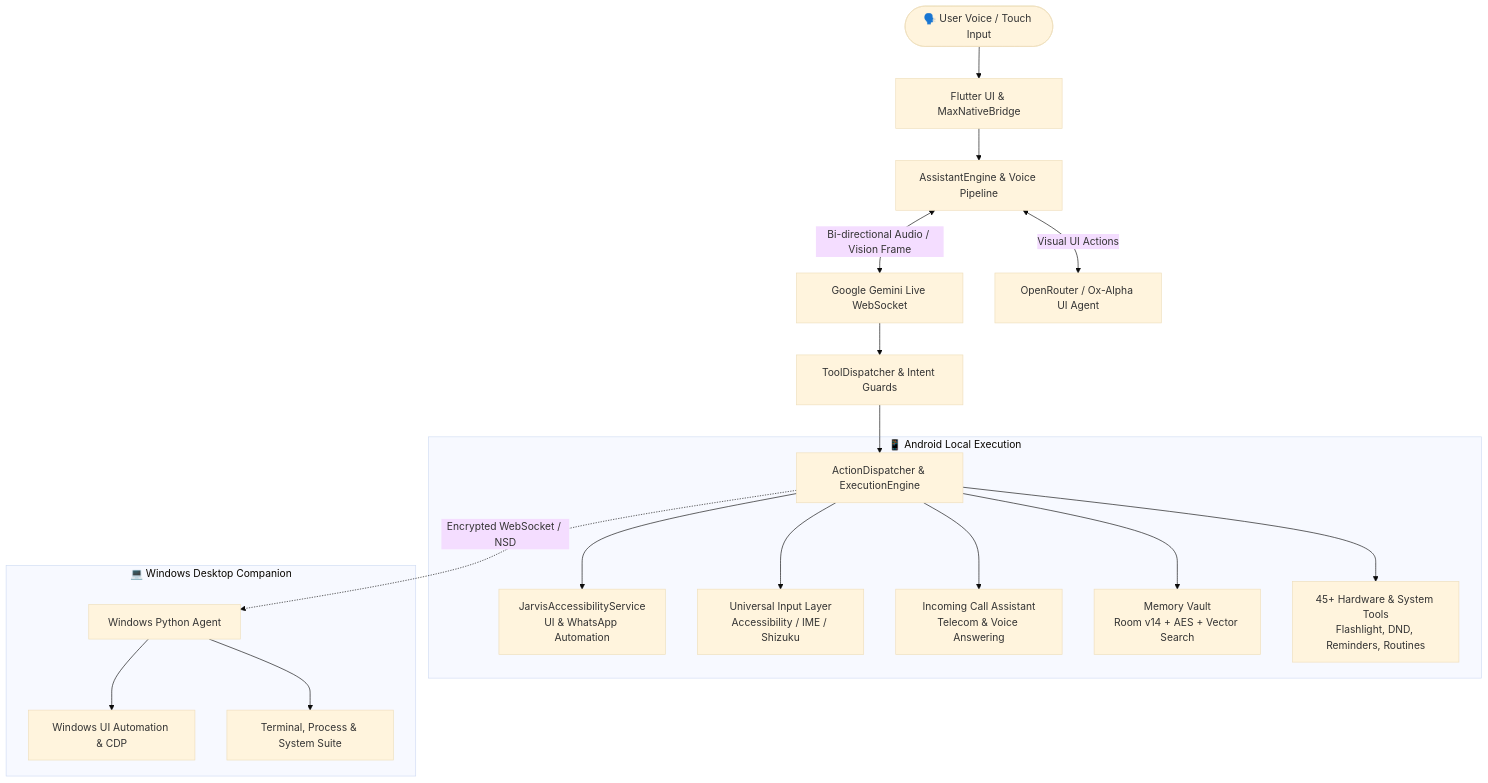
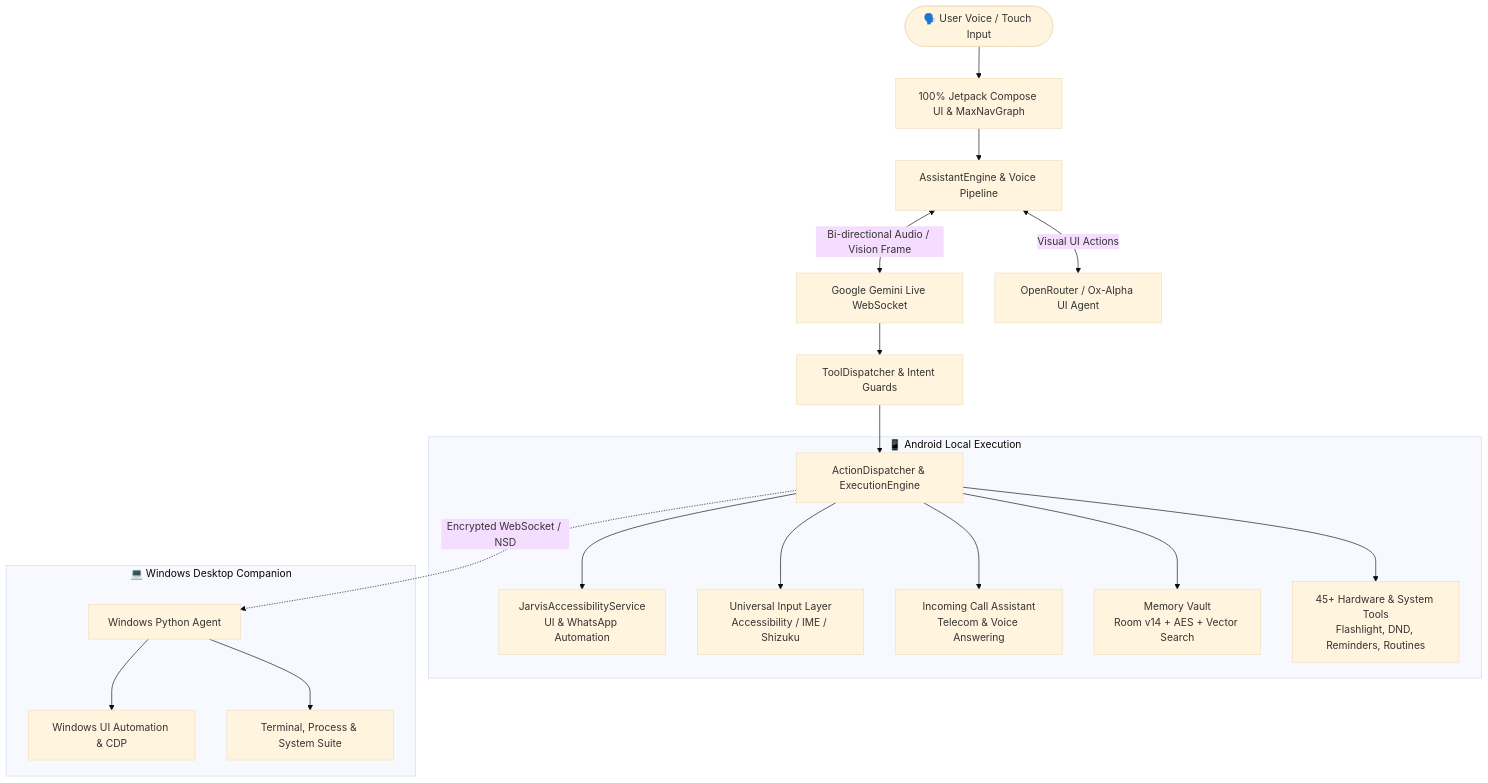
The diagram in README.md (yash2122s/Max-ai-assistant), drawn with Mermaid (base theme) before and after one commit. The commit also changed other lines of this file and 10022 other files, not shown here.

````diff
--- a/README.md
+++ b/README.md
@@ -16,25 +16,25 @@
 ```mermaid
 graph TD
-    User([🗣️ User Voice / Touch Input]) --> Bridge[Flutter UI & MaxNativeBridge]
-    Bridge --> Assistant[AssistantEngine & Voice Pipeline]
+    User([🗣️ User Voice / Touch Input]) --> Shell[100% Jetpack Compose UI & MaxNavGraph]
+    Shell --> Assistant[AssistantEngine & Voice Pipeline]
     
     Assistant <-->|Bi-directional Audio / Vision Frame| Gemini[Google Gemini Live WebSocket]
     Assistant <-->|Visual UI Actions| OpenRouter[OpenRouter / Ox-Alpha UI Agent]
     
     Gemini --> ToolDispatcher[ToolDispatcher & Intent Guards]
     ToolDispatcher --> ActionDispatcher[ActionDispatcher & ExecutionEngine]
     
     subgraph Android Subsystems [📱 Android Local Execution]
         ActionDispatcher --> Accessibility[JarvisAccessibilityService<br/>UI & WhatsApp Automation]
         ActionDispatcher --> UniversalInput[Universal Input Layer<br/>Accessibility / IME / Shizuku]
         ActionDispatcher --> CallAssistant[Incoming Call Assistant<br/>Telecom & Voice Answering]
         ActionDispatcher --> MemoryVault[Memory Vault<br/>Room v14 + AES + Vector Search]
         ActionDispatcher --> SystemTools[45+ Hardware & System Tools<br/>Flashlight, DND, Reminders, Routines]
     end
     
     subgraph Windows Agent [💻 Windows Desktop Companion]
         ActionDispatcher -.->|Encrypted WebSocket / NSD| WinAgent[Windows Python Agent]
         WinAgent --> UIA[Windows UI Automation & CDP]
         WinAgent --> SysControl[Terminal, Process & System Suite]
     end
 ```
````
